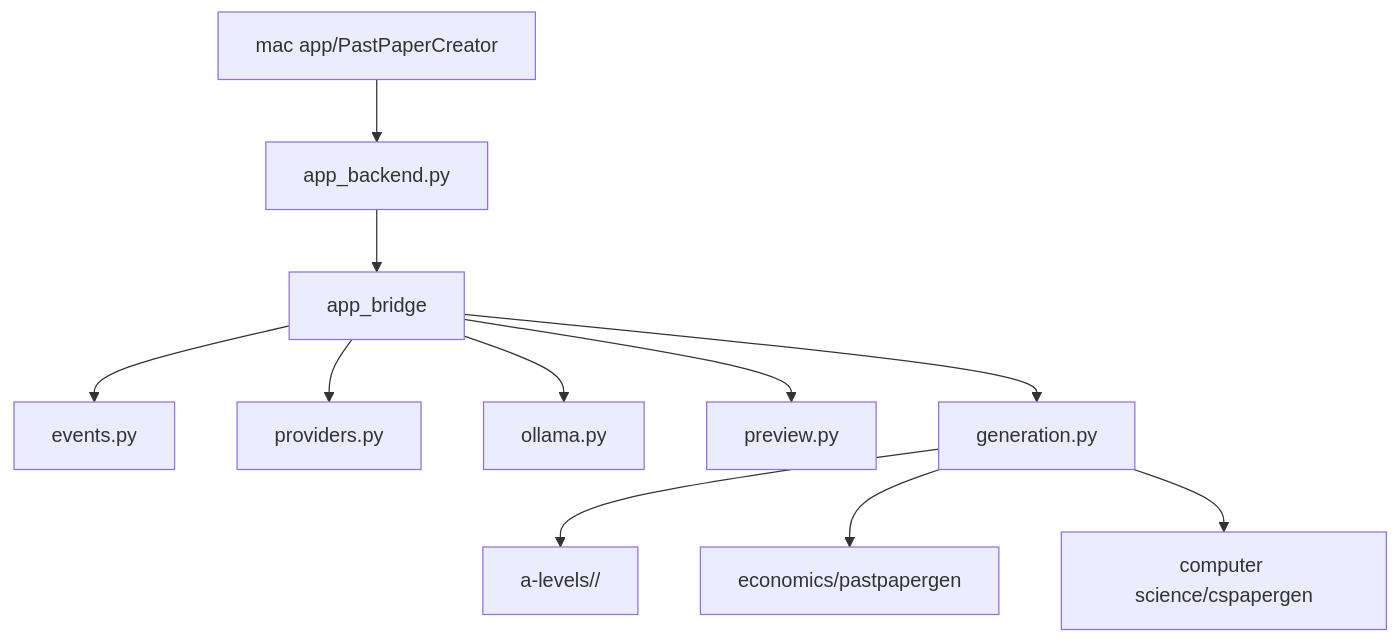
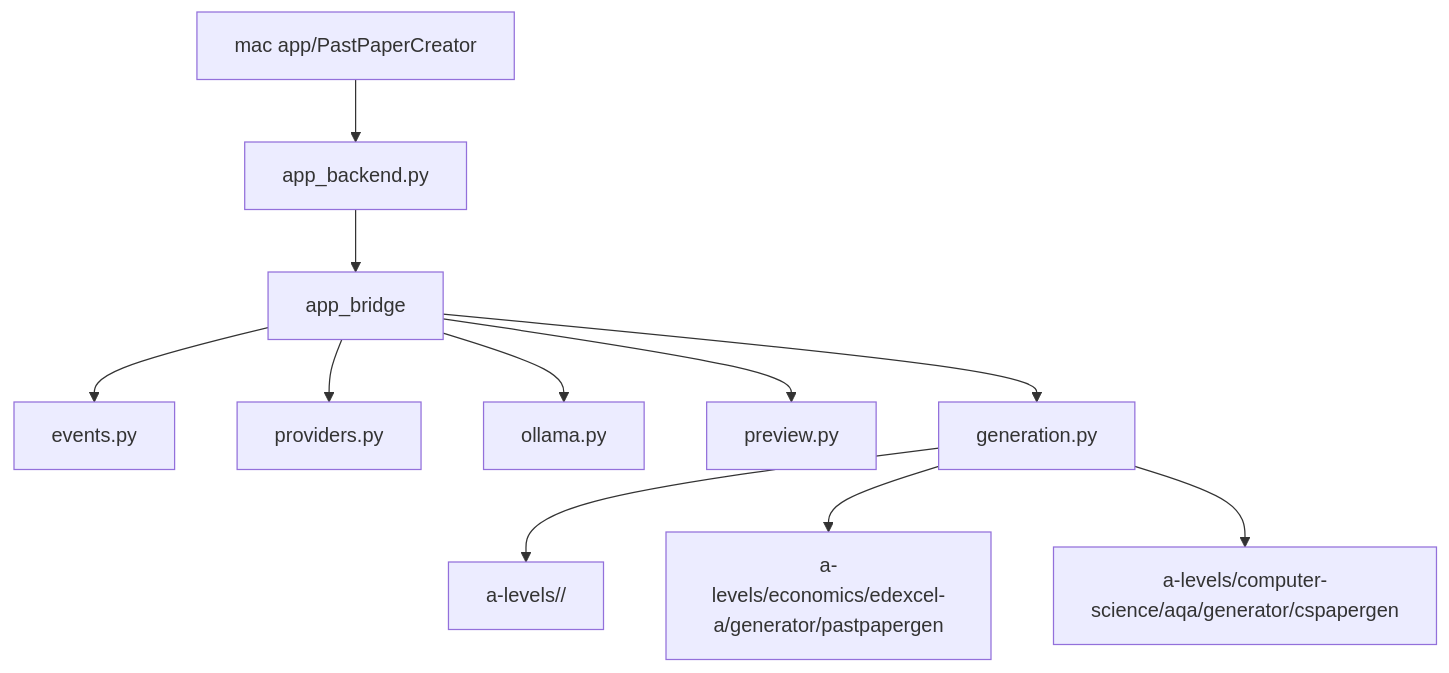
The diagram in README.md (james8464/Past-paper-generation), drawn with Mermaid before and after one commit. The commit also changed other lines of this file and 212 other files, not shown here.

````diff
--- a/README.md
+++ b/README.md
@@ -18,13 +18,13 @@
 ```mermaid
 flowchart TD
   App["mac app/PastPaperCreator"] --> Shim["app_backend.py"]
   Shim --> Bridge["app_bridge"]
   Bridge --> Events["events.py"]
   Bridge --> Providers["providers.py"]
   Bridge --> Ollama["ollama.py"]
   Bridge --> Preview["preview.py"]
   Bridge --> Generation["generation.py"]
   Generation --> Packs["a-levels/<subject>/<board>"]
-  Generation --> Econ["economics/pastpapergen"]
-  Generation --> CS["computer science/cspapergen"]
+  Generation --> Econ["a-levels/economics/edexcel-a/generator/pastpapergen"]
+  Generation --> CS["a-levels/computer-science/aqa/generator/cspapergen"]
 ```
````
